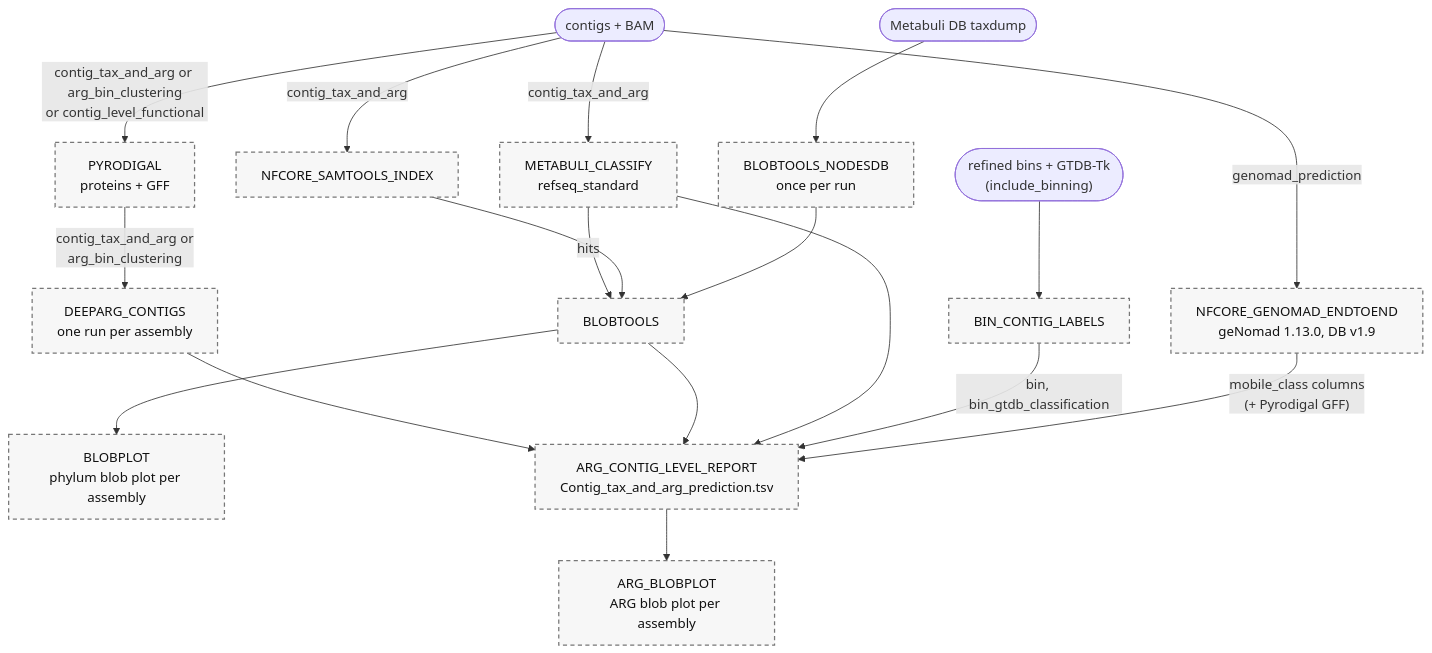
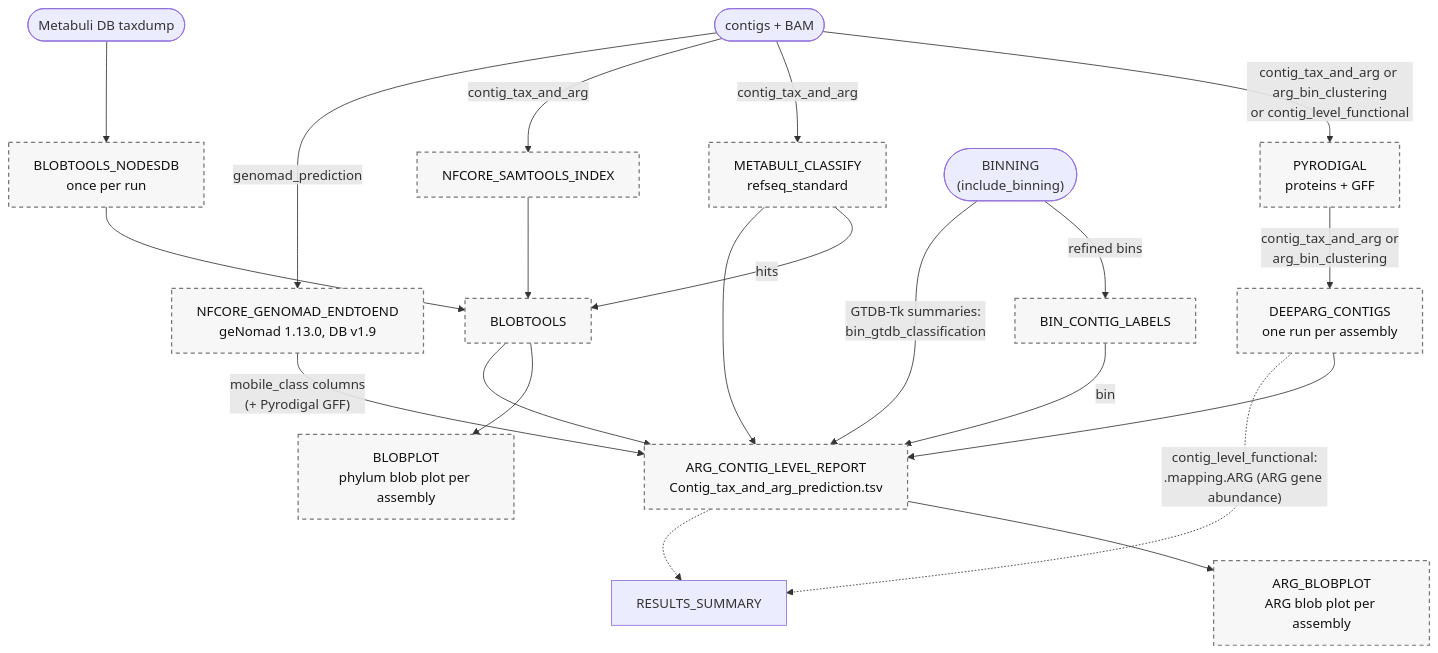
Before and after one commit to gene2dis/BugBuster: the ninth of 13 diagrams in docs/WORKFLOW_DIAGRAM.md, drawn with Mermaid. The commit also changed other lines of this file and 3 other files, not shown here.

First line of the commit message:
fix(diagrams): review fixes for the diagram check, the doc and the render script

````diff
--- a/docs/WORKFLOW_DIAGRAM.md
+++ b/docs/WORKFLOW_DIAGRAM.md
@@ -327,24 +329,27 @@
 ```mermaid
 flowchart TD
     Contigs(["contigs + BAM"]) -->|"contig_tax_and_arg or arg_bin_clustering<br/>or contig_level_functional"| PYRODIGAL["PYRODIGAL<br/>proteins + GFF"]
     PYRODIGAL -->|"contig_tax_and_arg or<br/>arg_bin_clustering"| DEEPARG_CONTIGS["DEEPARG_CONTIGS<br/>one run per assembly"]
 
     Contigs -->|contig_tax_and_arg| METABULI_CLASSIFY["METABULI_CLASSIFY<br/>refseq_standard"]
     Contigs -->|contig_tax_and_arg| NFCORE_SAMTOOLS_INDEX
     Taxdump(["Metabuli DB taxdump"]) --> BLOBTOOLS_NODESDB["BLOBTOOLS_NODESDB<br/>once per run"]
     METABULI_CLASSIFY -->|hits| BLOBTOOLS
     NFCORE_SAMTOOLS_INDEX --> BLOBTOOLS
     BLOBTOOLS_NODESDB --> BLOBTOOLS
     BLOBTOOLS --> BLOBPLOT["BLOBPLOT<br/>phylum blob plot per assembly"]
 
     Contigs -->|genomad_prediction| NFCORE_GENOMAD_ENDTOEND["NFCORE_GENOMAD_ENDTOEND<br/>geNomad 1.13.0, DB v1.9"]
-    Bins(["refined bins + GTDB-Tk<br/>(include_binning)"]) --> BIN_CONTIG_LABELS
+    Bins(["BINNING<br/>(include_binning)"]) -->|refined bins| BIN_CONTIG_LABELS
+    Bins -->|"GTDB-Tk summaries:<br/>bin_gtdb_classification"| ARG_CONTIG_LEVEL_REPORT
 
     DEEPARG_CONTIGS & BLOBTOOLS & METABULI_CLASSIFY --> ARG_CONTIG_LEVEL_REPORT["ARG_CONTIG_LEVEL_REPORT<br/>Contig_tax_and_arg_prediction.tsv"]
-    BIN_CONTIG_LABELS -->|"bin, bin_gtdb_classification"| ARG_CONTIG_LEVEL_REPORT
+    BIN_CONTIG_LABELS -->|bin| ARG_CONTIG_LEVEL_REPORT
     NFCORE_GENOMAD_ENDTOEND -->|"mobile_class columns<br/>(+ Pyrodigal GFF)"| ARG_CONTIG_LEVEL_REPORT
     ARG_CONTIG_LEVEL_REPORT --> ARG_BLOBPLOT["ARG_BLOBPLOT<br/>ARG blob plot per assembly"]
+    ARG_CONTIG_LEVEL_REPORT -.-> RESULTS_SUMMARY
+    DEEPARG_CONTIGS -.->|"contig_level_functional:<br/>.mapping.ARG (ARG gene abundance)"| RESULTS_SUMMARY
 
     classDef opt fill:#F7F7F7,stroke:#777,stroke-width:1.5px,stroke-dasharray:5 4,color:#111
     class PYRODIGAL,DEEPARG_CONTIGS,METABULI_CLASSIFY,NFCORE_SAMTOOLS_INDEX,BLOBTOOLS_NODESDB,BLOBTOOLS,BLOBPLOT,NFCORE_GENOMAD_ENDTOEND,BIN_CONTIG_LABELS,ARG_CONTIG_LEVEL_REPORT,ARG_BLOBPLOT opt
 ```
````
